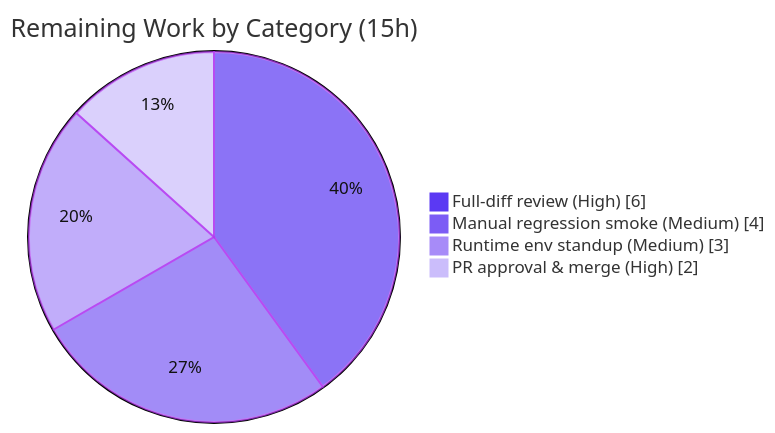
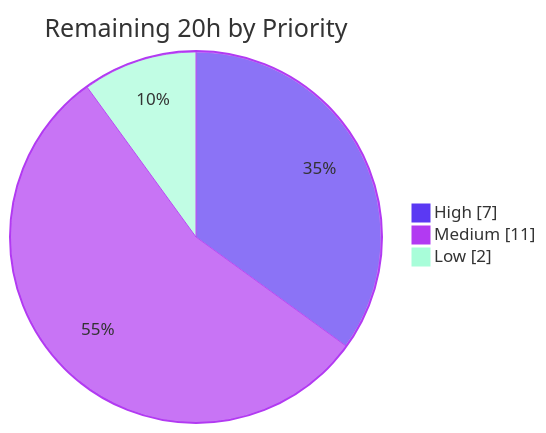
Before and after one commit to blitzy-public-samples/blitzy-WebVella-ERP: the third of 3 diagrams in blitzy/documentation/Project Guide.md, drawn with Mermaid. The commit also changed other lines of this file, not shown here.

Commit message:
Adding Blitzy Project Guide: Project Status and Human Tasks Remaining

````diff
--- a/blitzy/documentation/Project Guide.md
+++ b/blitzy/documentation/Project Guide.md
@@ -225,8 +191,8 @@
 ```mermaid
-%%{init: {'theme':'base', 'themeVariables':{'pie1':'#5B39F3','pie2':'#7C5CF5','pie3':'#A78BF8','pie4':'#CBBDFB','pieStrokeColor':'#B23AF2','pieSectionTextColor':'#111111'}}}%%
-pie showData title Remaining Work by Category (15h)
-    "Full-diff review (High)" : 6
-    "Manual regression smoke (Medium)" : 4
-    "Runtime env standup (Medium)" : 3
-    "PR approval & merge (High)" : 2
+%%{init: {'theme':'base','themeVariables':{'pie1':'#5B39F3','pie2':'#B23AF2','pie3':'#A8FDD9','pieStrokeColor':'#B23AF2','pieStrokeWidth':'1px','pieOuterStrokeColor':'#B23AF2'}}}%%
+pie showData
+    title Remaining 20h by Priority
+    "High" : 7
+    "Medium" : 11
+    "Low" : 2
 ```
````
